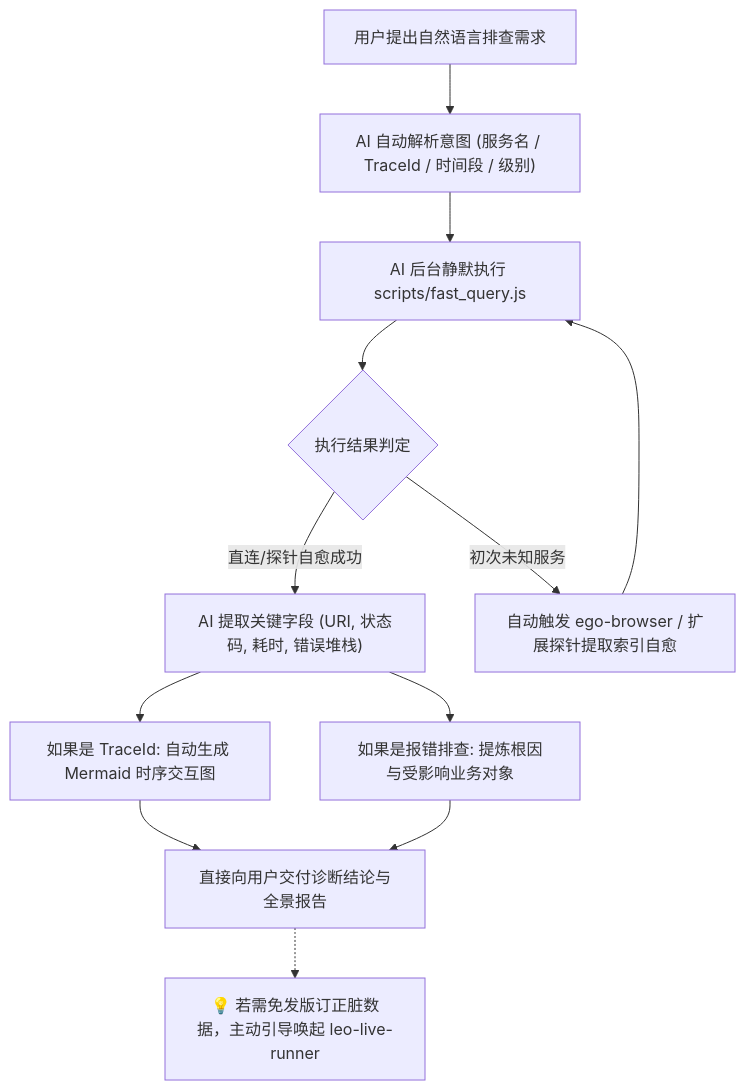
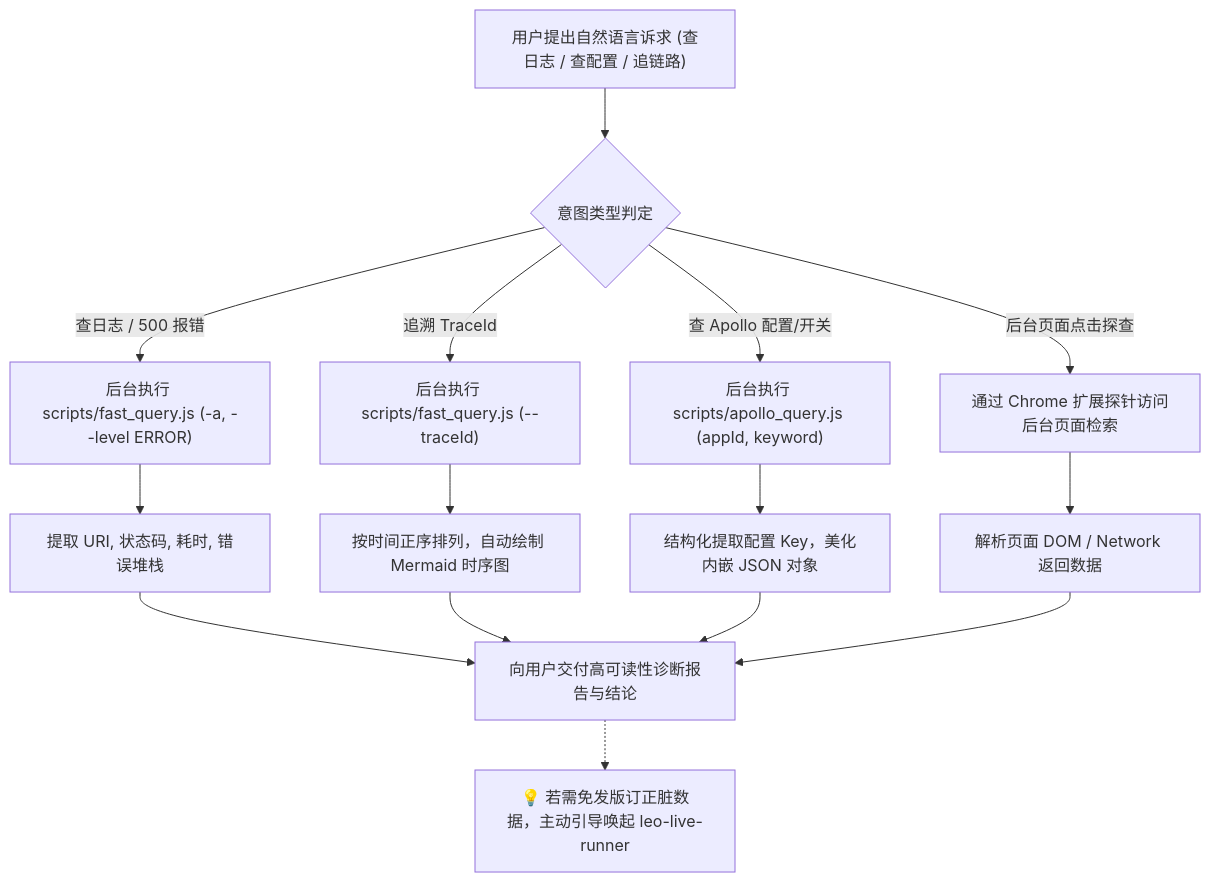
Before and after one commit to zlpawn/shrimp: the diagram in lib/skills/leo-live-inspector/SKILL.md, drawn with Mermaid. The commit also changed other lines of this file and 3 other files, not shown here.

Commit message:
feat(leo-live-inspector): add direct Apollo config query support via apollo_query.js

````diff
--- a/lib/skills/leo-live-inspector/SKILL.md
+++ b/lib/skills/leo-live-inspector/SKILL.md
@@ -34,13 +43,17 @@
 ```mermaid
 flowchart TD
-    A["用户提出自然语言排查需求"] --> B["AI 自动解析意图 (服务名 / TraceId / 时间段 / 级别)"]
-    B --> C["AI 后台静默执行 scripts/fast_query.js"]
-    C --> D{"执行结果判定"}
-    D -->|"直连/探针自愈成功"| E["AI 提取关键字段 (URI, 状态码, 耗时, 错误堆栈)"]
-    D -->|"初次未知服务"| F["自动触发 ego-browser / 扩展探针提取索引自愈"]
-    F --> C
-    E --> G["如果是 TraceId: 自动生成 Mermaid 时序交互图"]
-    E --> H["如果是报错排查: 提炼根因与受影响业务对象"]
-    G & H --> I["直接向用户交付诊断结论与全景报告"]
-    I -.-> J["💡 若需免发版订正脏数据，主动引导唤起 leo-live-runner"]
+    A["用户提出自然语言诉求 (查日志 / 查配置 / 追链路)"] --> B{"意图类型判定"}
+    
+    B -->|"查日志 / 500 报错"| C1["后台执行 scripts/fast_query.js (-a, --level ERROR)"]
+    B -->|"追溯 TraceId"| C2["后台执行 scripts/fast_query.js (--traceId)"]
+    B -->|"查 Apollo 配置/开关"| C3["后台执行 scripts/apollo_query.js (appId, keyword)"]
+    B -->|"后台页面点击探查"| C4["通过 Chrome 扩展探针访问后台页面检索"]
+
+    C1 --> D1["提取 URI, 状态码, 耗时, 错误堆栈"]
+    C2 --> D2["按时间正序排列，自动绘制 Mermaid 时序图"]
+    C3 --> D3["结构化提取配置 Key，美化内嵌 JSON 对象"]
+    C4 --> D4["解析页面 DOM / Network 返回数据"]
+
+    D1 & D2 & D3 & D4 --> E["向用户交付高可读性诊断报告与结论"]
+    E -.-> F["💡 若需免发版订正脏数据，主动引导唤起 leo-live-runner"]
 ```
````
